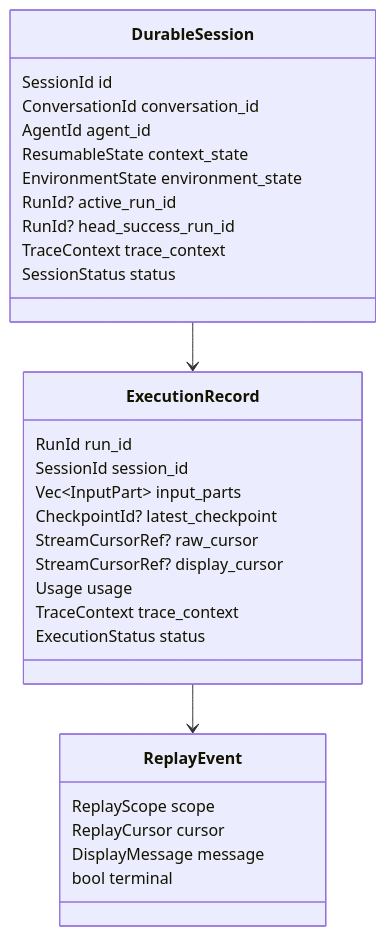
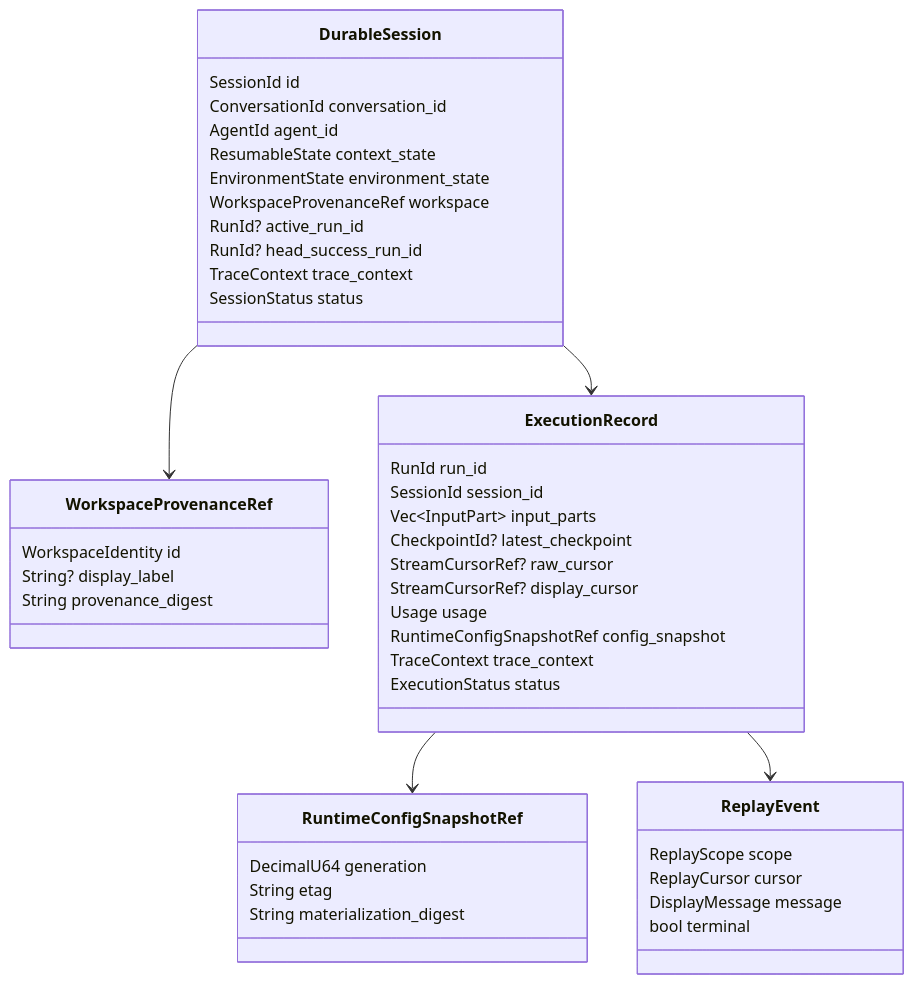
The second of 2 diagrams in spec/ops/03-durable-service-runtime.md (Wh1isper/starweaver), drawn with Mermaid before and after one commit. The commit also changed other lines of this file and 98 other files, not shown here.

````diff
--- a/spec/ops/03-durable-service-runtime.md
+++ b/spec/ops/03-durable-service-runtime.md
@@ -132,36 +132,52 @@
 ```mermaid
 classDiagram
     class DurableSession {
         SessionId id
         ConversationId conversation_id
         AgentId agent_id
         ResumableState context_state
         EnvironmentState environment_state
+        WorkspaceProvenanceRef workspace
         RunId? active_run_id
         RunId? head_success_run_id
         TraceContext trace_context
         SessionStatus status
+    }
+
+    class WorkspaceProvenanceRef {
+        WorkspaceIdentity id
+        String? display_label
+        String provenance_digest
     }
 
     class ExecutionRecord {
         RunId run_id
         SessionId session_id
         Vec~InputPart~ input_parts
         CheckpointId? latest_checkpoint
         StreamCursorRef? raw_cursor
         StreamCursorRef? display_cursor
         Usage usage
+        RuntimeConfigSnapshotRef config_snapshot
         TraceContext trace_context
         ExecutionStatus status
+    }
+
+    class RuntimeConfigSnapshotRef {
+        DecimalU64 generation
+        String etag
+        String materialization_digest
     }
 
     class ReplayEvent {
         ReplayScope scope
         ReplayCursor cursor
         DisplayMessage message
         bool terminal
     }
 
+    DurableSession --> WorkspaceProvenanceRef
     DurableSession --> ExecutionRecord
+    ExecutionRecord --> RuntimeConfigSnapshotRef
     ExecutionRecord --> ReplayEvent
 ```
````
